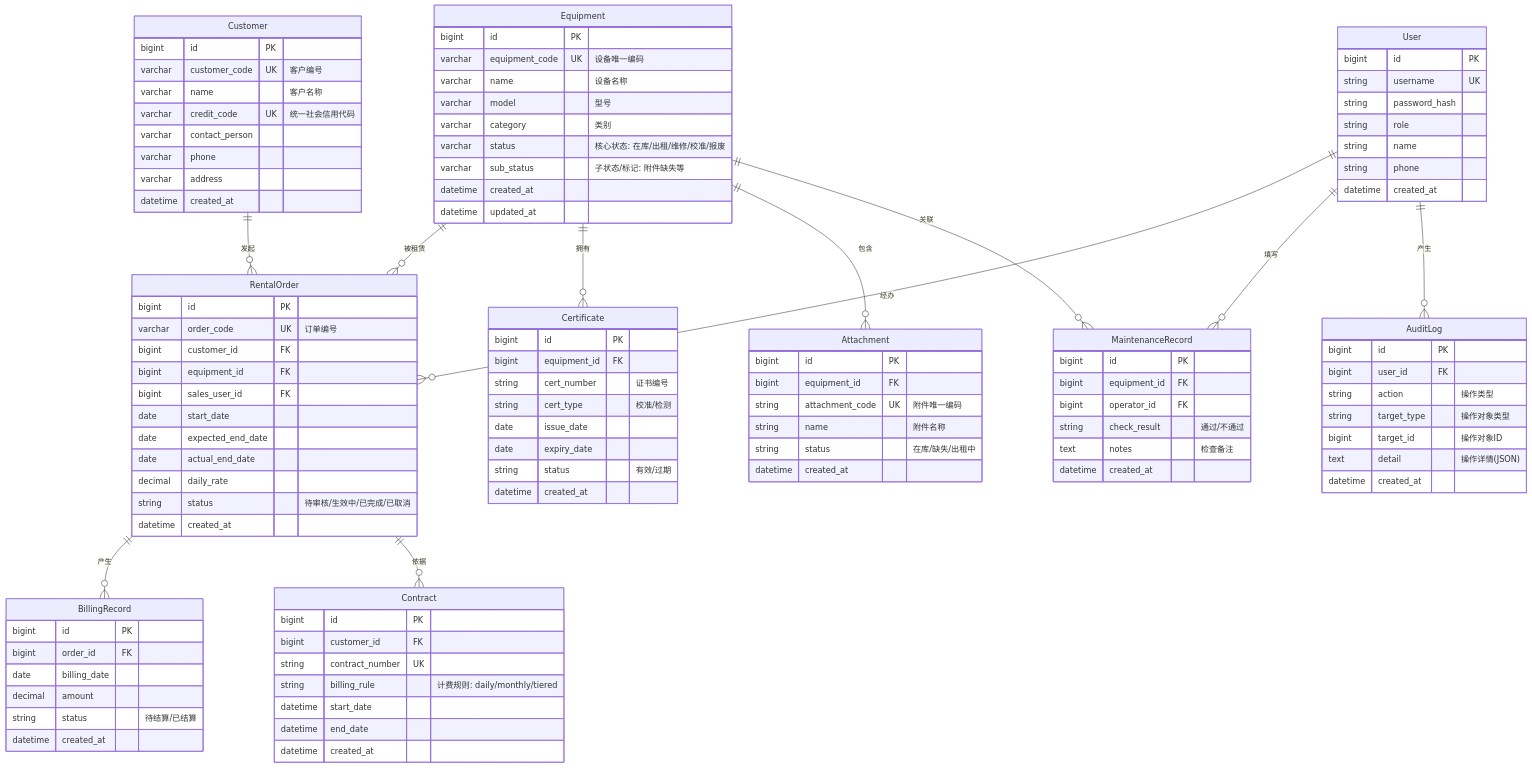
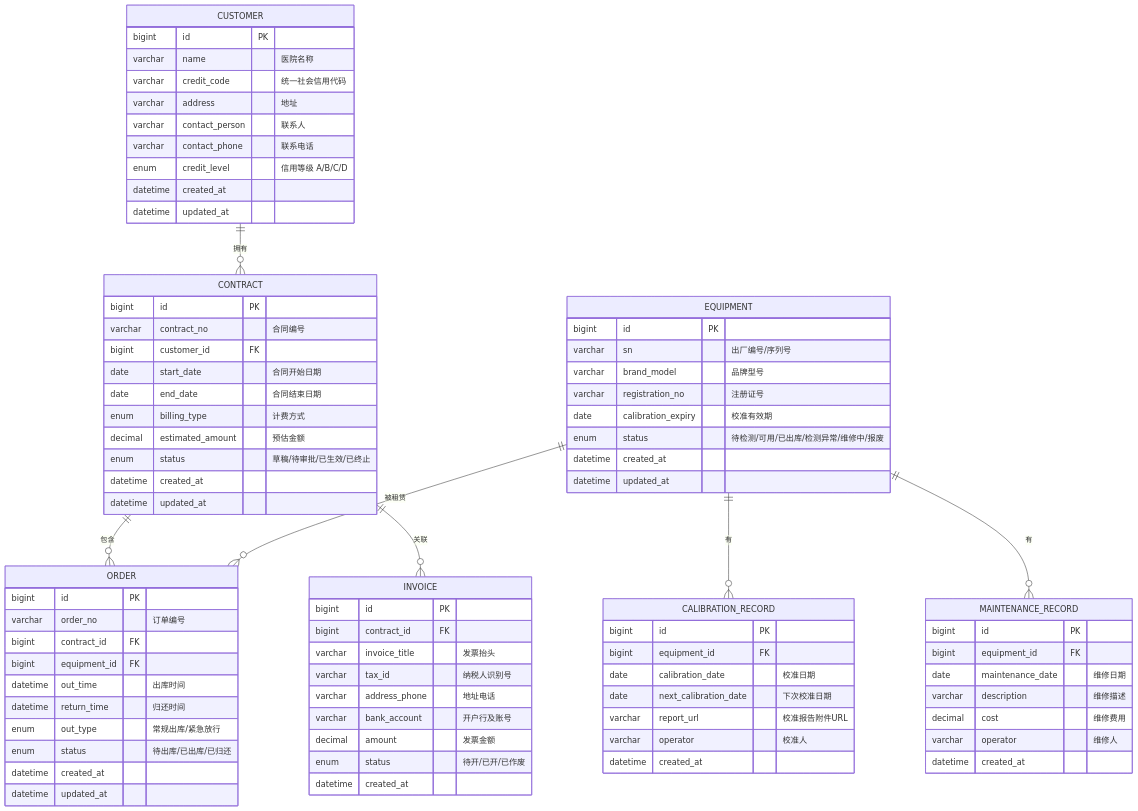
One commit to JiangHuanzhen/medical-device-rental-system changed the third of 4 diagrams in .claude/knowledge-base/wiki/summaries/SRS-初稿-20260626-v2.md. Above: the diagram before and after it, drawn with Mermaid. The commit also changed other lines of this file and 223 other files, not shown here.

````diff
--- a/.claude/knowledge-base/wiki/summaries/SRS-初稿-20260626-v2.md
+++ b/.claude/knowledge-base/wiki/summaries/SRS-初稿-20260626-v2.md
@@ -713,118 +785,83 @@
 ```mermaid
 erDiagram
-    Equipment ||--o{ RentalOrder : "被租赁"
-    Equipment ||--o{ Certificate : "拥有"
-    Equipment ||--o{ Attachment : "包含"
-    Equipment ||--o{ MaintenanceRecord : "关联"
-    Customer ||--o{ RentalOrder : "发起"
-    RentalOrder ||--o{ BillingRecord : "产生"
-    RentalOrder ||--o{ Contract : "依据"
-    User ||--o{ RentalOrder : "经办"
-    User ||--o{ MaintenanceRecord : "填写"
-    User ||--o{ AuditLog : "产生"
-
-    Equipment {
+    CUSTOMER ||--o{ CONTRACT : "拥有"
+    CONTRACT ||--o{ ORDER : "包含"
+    CONTRACT ||--o{ INVOICE : "关联"
+    EQUIPMENT ||--o{ ORDER : "被租赁"
+    EQUIPMENT ||--o{ CALIBRATION_RECORD : "有"
+    EQUIPMENT ||--o{ MAINTENANCE_RECORD : "有"
+    CUSTOMER {
         bigint id PK
-        varchar equipment_code UK "设备唯一编码"
-        varchar name "设备名称"
-        varchar model "型号"
-        varchar category "类别"
-        varchar status "核心状态: 在库/出租/维修/校准/报废"
-        varchar sub_status "子状态/标记: 附件缺失等"
+        varchar name "医院名称"
+        varchar credit_code "统一社会信用代码"
+        varchar address "地址"
+        varchar contact_person "联系人"
+        varchar contact_phone "联系电话"
+        enum credit_level "信用等级 A/B/C/D"
         datetime created_at
         datetime updated_at
     }
-
-    Customer {
+    CONTRACT {
         bigint id PK
-        varchar customer_code UK "客户编号"
-        varchar name "客户名称"
-        varchar credit_code UK "统一社会信用代码"
-        varchar contact_person
-        varchar phone
-        varchar address
+        varchar contract_no "合同编号"
+        bigint customer_id FK
+        date start_date "合同开始日期"
+        date end_date "合同结束日期"
+        enum billing_type "计费方式"
+        decimal estimated_amount "预估金额"
+        enum status "草稿/待审批/已生效/已终止"
+        datetime created_at
+        datetime updated_at
+    }
+    ORDER {
+        bigint id PK
+        varchar order_no "订单编号"
+        bigint contract_id FK
+        bigint equipment_id FK
+        datetime out_time "出库时间"
+        datetime return_time "归还时间"
+        enum out_type "常规出库/紧急放行"
+        enum status "待出库/已出库/已归还"
+        datetime created_at
+        datetime updated_at
+    }
+    EQUIPMENT {
+        bigint id PK
+        varchar sn "出厂编号/序列号"
+        varchar brand_model "品牌型号"
+        varchar registration_no "注册证号"
+        date calibration_expiry "校准有效期"
+        enum status "待检测/可用/已出库/检测异常/维修中/报废"
+        datetime created_at
+        datetime updated_at
+    }
+    CALIBRATION_RECORD {
+        bigint id PK
+        bigint equipment_id FK
+        date calibration_date "校准日期"
+        date next_calibration_date "下次校准日期"
+        varchar report_url "校准报告附件URL"
+        varchar operator "校准人"
         datetime created_at
     }
-
-    RentalOrder {
+    MAINTENANCE_RECORD {
         bigint id PK
-        varchar order_code UK "订单编号"
-        bigint customer_id FK
         bigint equipment_id FK
-        bigint sales_user_id FK
-        date start_date
-        date expected_end_date
-        date actual_end_date
-        decimal daily_rate
-        string status "待审核/生效中/已完成/已取消"
+        date maintenance_date "维修日期"
+        varchar description "维修描述"
+        decimal cost "维修费用"
+        varchar operator "维修人"
         datetime created_at
     }
-
-    BillingRecord {
+    INVOICE {
         bigint id PK
-        bigint order_id FK
-        date billing_date
-        decimal amount
-        string status "待结算/已结算"
-        datetime created_at
-    }
-
-    Certificate {
-        bigint id PK
-        bigint equipment_id FK
-        string cert_number "证书编号"
-        string cert_type "校准/检测"
-        date issue_date
-        date expiry_date
-        string status "有效/过期"
-        datetime created_at
-    }
-
-    Attachment {
-        bigint id PK
-        bigint equipment_id FK
-        string attachment_code UK "附件唯一编码"
-        string name "附件名称"
-        string status "在库/缺失/出租中"
-        datetime created_at
-    }
-
-    MaintenanceRecord {
-        bigint id PK
-        bigint equipment_id FK
-        bigint operator_id FK
-        string check_result "通过/不通过"
-        text notes "检查备注"
-        datetime created_at
-    }
-
-    Contract {
-        bigint id PK
-        bigint customer_id FK
-        string contract_number UK
-        string billing_rule "计费规则: daily/monthly/tiered"
-        datetime start_date
-        datetime end_date
-        datetime created_at
-    }
-
-    User {
-        bigint id PK
-        string username UK
-        string password_hash
-        string role
-        string name
-        string phone
-        datetime created_at
-    }
-
-    AuditLog {
-        bigint id PK
-        bigint user_id FK
-        string action "操作类型"
-        string target_type "操作对象类型"
-        bigint target_id "操作对象ID"
-        text detail "操作详情(JSON)"
+        bigint contract_id FK
+        varchar invoice_title "发票抬头"
+        varchar tax_id "纳税人识别号"
+        varchar address_phone "地址电话"
+        varchar bank_account "开户行及账号"
+        decimal amount "发票金额"
+        enum status "待开/已开/已作废"
         datetime created_at
     }
 ```
````
